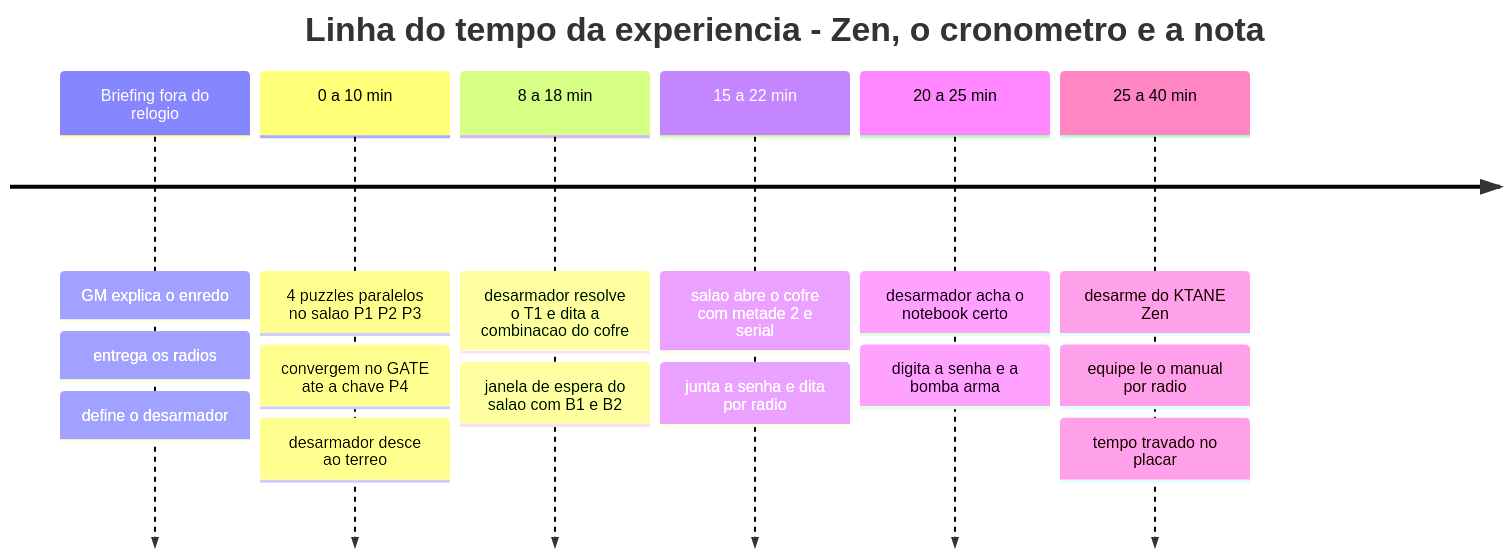
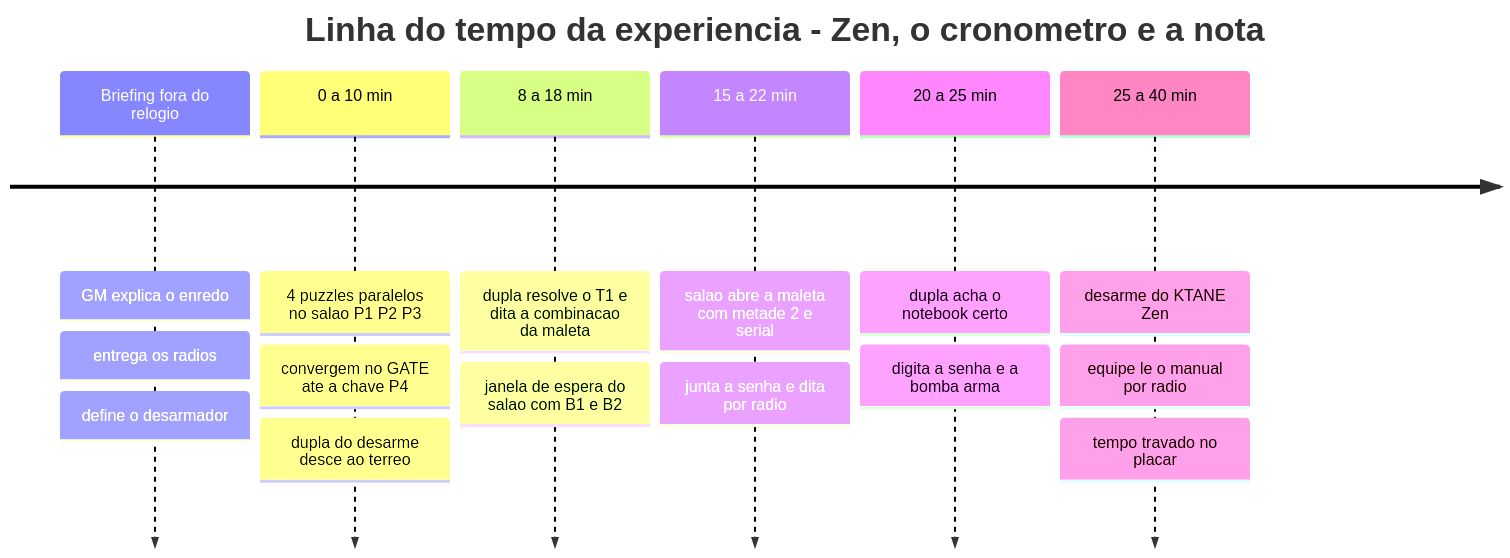
One commit to eltoncezar/escape-room-iatec changed the second of 3 diagrams in docs/01-fluxo-e-mapa.md. Above: the diagram before and after it, drawn with Mermaid. The commit also changed other lines of this file and 8 other files, not shown here.

````diff
--- a/docs/01-fluxo-e-mapa.md
+++ b/docs/01-fluxo-e-mapa.md
@@ -65,10 +73,10 @@
 ```mermaid
 timeline
     title Linha do tempo da experiencia - Zen, o cronometro e a nota
     Briefing fora do relogio : GM explica o enredo : entrega os radios : define o desarmador
-    0 a 10 min : 4 puzzles paralelos no salao P1 P2 P3 : convergem no GATE ate a chave P4 : desarmador desce ao terreo
-    8 a 18 min : desarmador resolve o T1 e dita a combinacao do cofre : janela de espera do salao com B1 e B2
-    15 a 22 min : salao abre o cofre com metade 2 e serial : junta a senha e dita por radio
-    20 a 25 min : desarmador acha o notebook certo : digita a senha e a bomba arma
+    0 a 10 min : 4 puzzles paralelos no salao P1 P2 P3 : convergem no GATE ate a chave P4 : dupla do desarme desce ao terreo
+    8 a 18 min : dupla resolve o T1 e dita a combinacao da maleta : janela de espera do salao com B1 e B2
+    15 a 22 min : salao abre a maleta com metade 2 e serial : junta a senha e dita por radio
+    20 a 25 min : dupla acha o notebook certo : digita a senha e a bomba arma
     25 a 40 min : desarme do KTANE Zen : equipe le o manual por radio : tempo travado no placar
 ```
````
